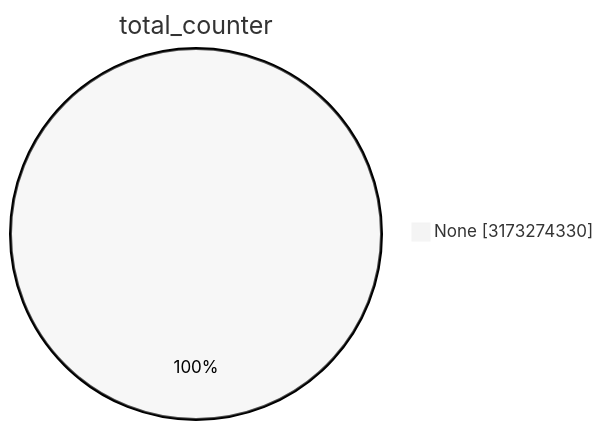
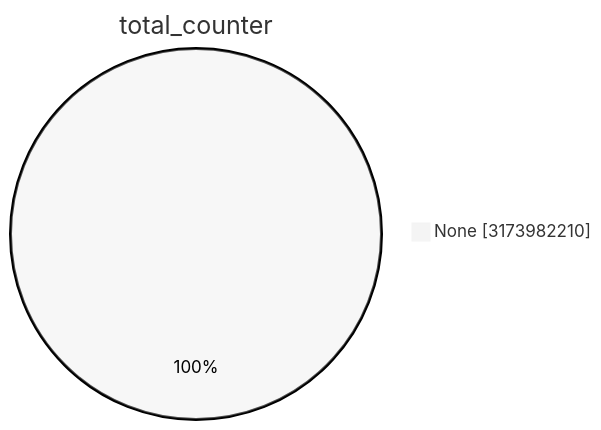
One commit to christiankrug/ctmonitor_visualization changed the first of 15 diagrams in TOTAL/README.md. Above: the diagram before and after it, drawn with Mermaid (neutral theme). The commit also changed other lines of this file, not shown here.

````diff
--- a/TOTAL/README.md
+++ b/TOTAL/README.md
@@ -1,5 +1,5 @@
 ```mermaid
 pie showData
 title total_counter
-"None" :3173274330
+"None" :3173982210
 ```
````
